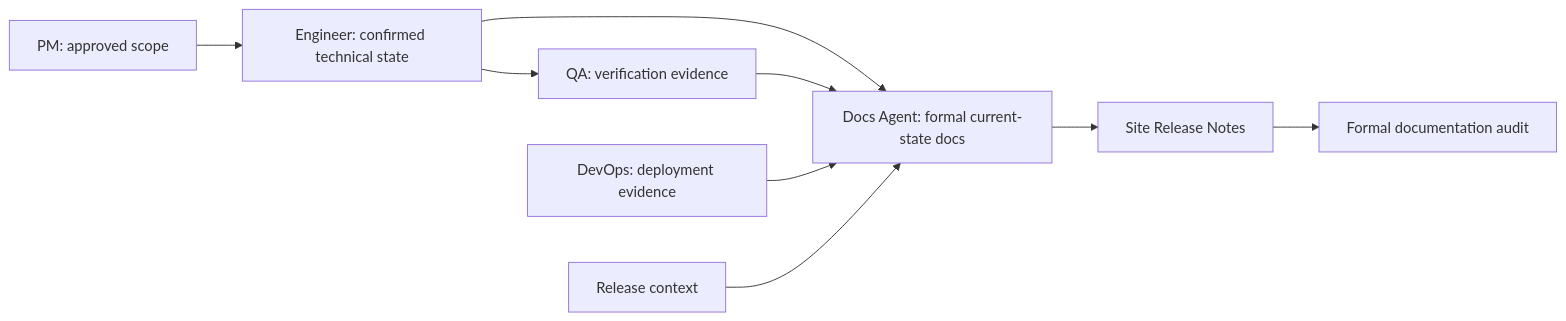
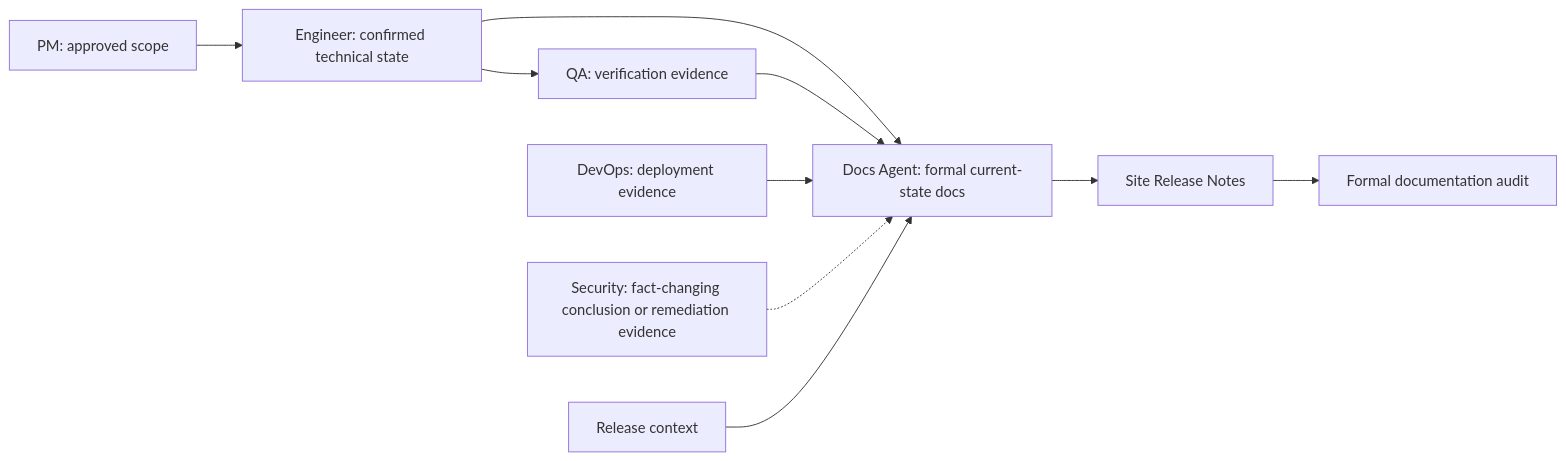
One commit to Neplich/dev-agent-skills changed the diagram in agents/docs/README.md. Above: the diagram before and after it, drawn with Mermaid. The commit also changed other lines of this file and 8 other files, not shown here.

````diff
--- a/agents/docs/README.md
+++ b/agents/docs/README.md
@@ -71,11 +71,12 @@
 ```mermaid
 flowchart LR
     PM["PM: approved scope"] --> Engineer["Engineer: confirmed technical state"]
     Engineer --> QA["QA: verification evidence"]
     Engineer --> Docs["Docs Agent: formal current-state docs"]
     QA --> Docs
     DevOps["DevOps: deployment evidence"] --> Docs
+    Security["Security: fact-changing conclusion or remediation evidence"] -.-> Docs
     Release["Release context"] --> Docs
     Docs --> Notes["Site Release Notes"]
     Notes --> Audit["Formal documentation audit"]
 ```
````
